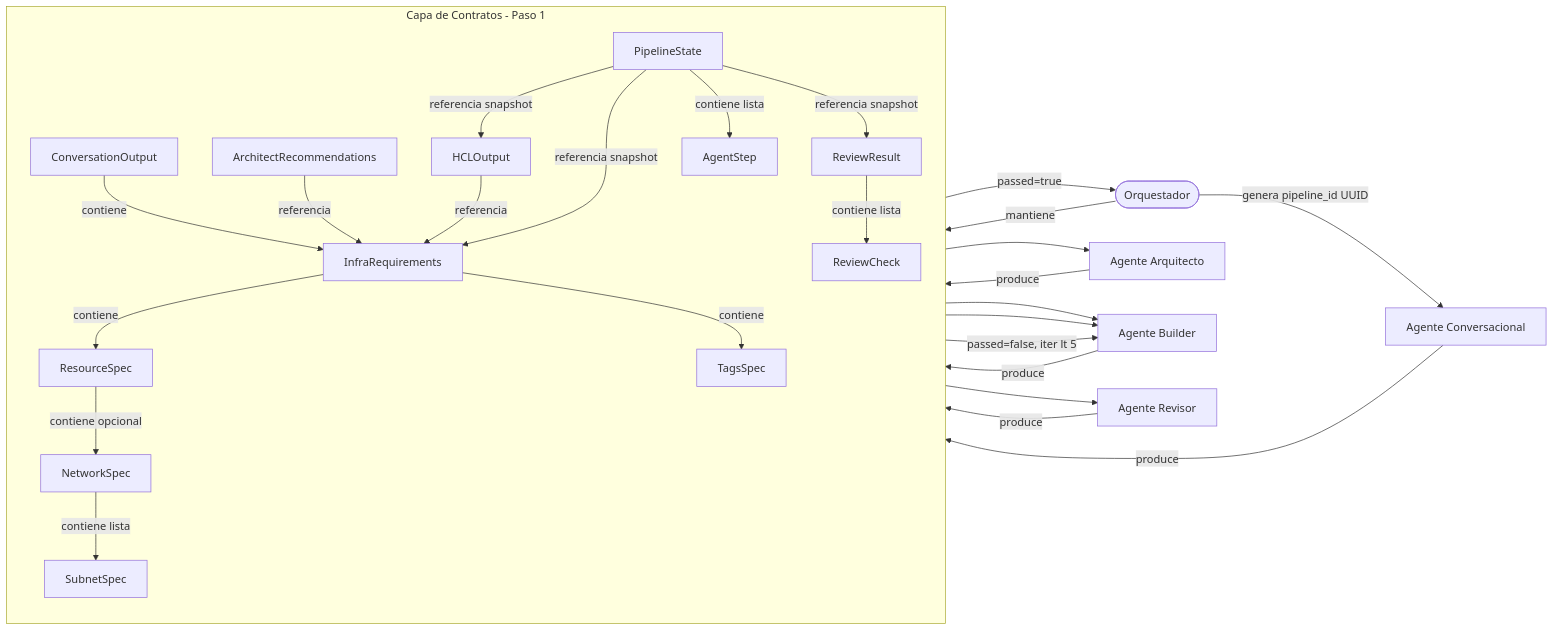
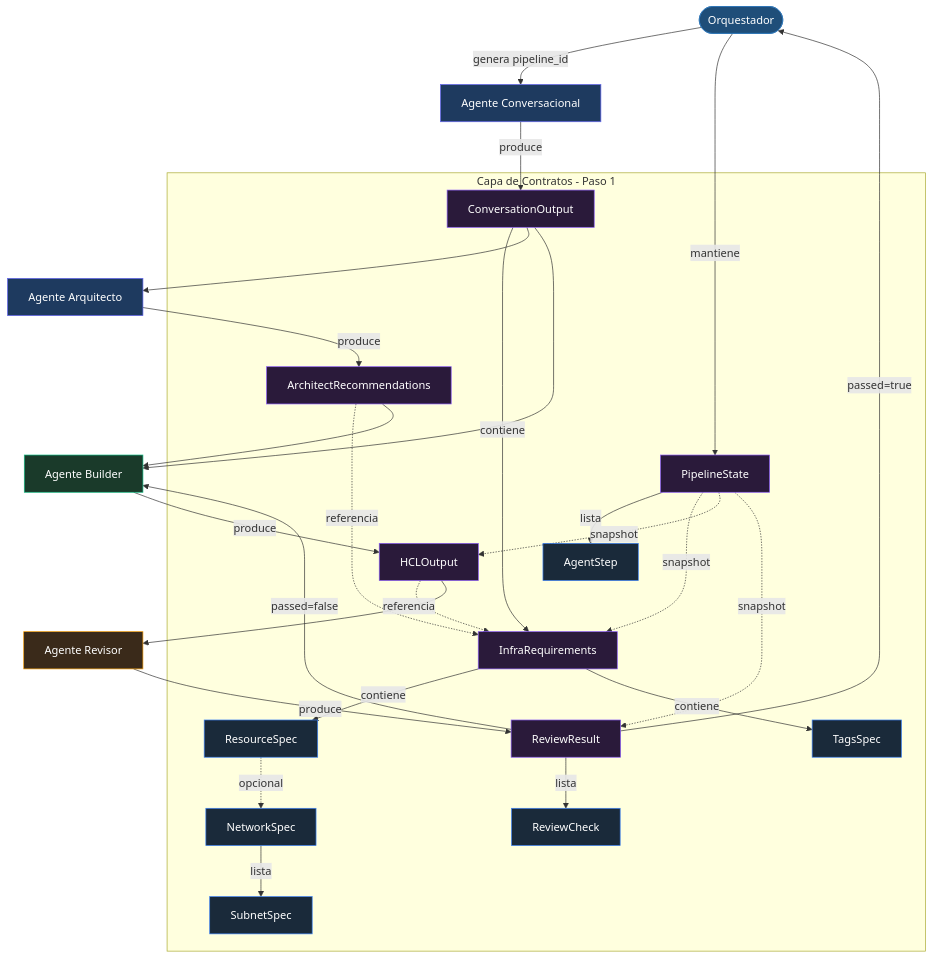
The diagram in _posts/2026-03-24-blog_post_2_step1_tecnico.md (luisadanmunoz/luisadanmunoz.github.io), drawn with Mermaid before and after one commit.

````diff
--- a/_posts/2026-03-24-blog_post_2_step1_tecnico.md
+++ b/_posts/2026-03-24-blog_post_2_step1_tecnico.md
@@ -162,50 +162,67 @@
 ```mermaid
-graph LR
+graph TB
     ORC([Orquestador])
     CONV[Agente Conversacional]
     ARQ[Agente Arquitecto]
     BUILDER[Agente Builder]
     REVISOR[Agente Revisor]
 
-    subgraph PASO1 [Capa de Contratos - Paso 1]
-        direction TB
+    subgraph PASO1["Capa de Contratos - Paso 1"]
         CO[ConversationOutput]
         IR[InfraRequirements]
         AR[ArchitectRecommendations]
         HCL[HCLOutput]
         RR[ReviewResult]
         PS[PipelineState]
         AS[AgentStep]
         RC[ReviewCheck]
         RS[ResourceSpec]
         NS[NetworkSpec]
         SS[SubnetSpec]
         TS[TagsSpec]
 
         CO -->|contiene| IR
         IR -->|contiene| RS
-        RS -->|contiene opcional| NS
-        NS -->|contiene lista| SS
+        RS -.->|opcional| NS
+        NS -->|lista| SS
         IR -->|contiene| TS
-        AR -->|referencia| IR
-        HCL -->|referencia| IR
-        RR -->|contiene lista| RC
-        PS -->|contiene lista| AS
-        PS -->|referencia snapshot| IR
-        PS -->|referencia snapshot| HCL
-        PS -->|referencia snapshot| RR
+        AR -.->|referencia| IR
+        HCL -.->|referencia| IR
+        RR -->|lista| RC
+        PS -->|lista| AS
+        PS -.->|snapshot| IR
+        PS -.->|snapshot| HCL
+        PS -.->|snapshot| RR
     end
 
-    ORC -->|genera pipeline_id UUID| CONV
+    ORC -->|genera pipeline_id| CONV
     CONV -->|produce| CO
     CO --> ARQ
     ARQ -->|produce| AR
     AR --> BUILDER
     CO --> BUILDER
     BUILDER -->|produce| HCL
     HCL --> REVISOR
     REVISOR -->|produce| RR
-    RR -->|passed=false, iter lt 5| BUILDER
+    RR -->|passed=false| BUILDER
     RR -->|passed=true| ORC
     ORC -->|mantiene| PS
+
+    style ORC fill:#1F4E79,stroke:#2E75B6,color:#fff
+    style CONV fill:#1e3a5f,stroke:#6366f1,color:#fff
+    style ARQ fill:#1e3a5f,stroke:#6366f1,color:#fff
+    style BUILDER fill:#1a3a2a,stroke:#10b981,color:#fff
+    style REVISOR fill:#3a2a1a,stroke:#f59e0b,color:#fff
+    style CO fill:#2a1a3a,stroke:#8b5cf6,color:#fff
+    style IR fill:#2a1a3a,stroke:#8b5cf6,color:#fff
+    style AR fill:#2a1a3a,stroke:#8b5cf6,color:#fff
+    style HCL fill:#2a1a3a,stroke:#8b5cf6,color:#fff
+    style RR fill:#2a1a3a,stroke:#8b5cf6,color:#fff
+    style PS fill:#2a1a3a,stroke:#8b5cf6,color:#fff
+    style AS fill:#1a2a3a,stroke:#3b82f6,color:#fff
+    style RC fill:#1a2a3a,stroke:#3b82f6,color:#fff
+    style RS fill:#1a2a3a,stroke:#3b82f6,color:#fff
+    style NS fill:#1a2a3a,stroke:#3b82f6,color:#fff
+    style SS fill:#1a2a3a,stroke:#3b82f6,color:#fff
+    style TS fill:#1a2a3a,stroke:#3b82f6,color:#fff
 ```
````
